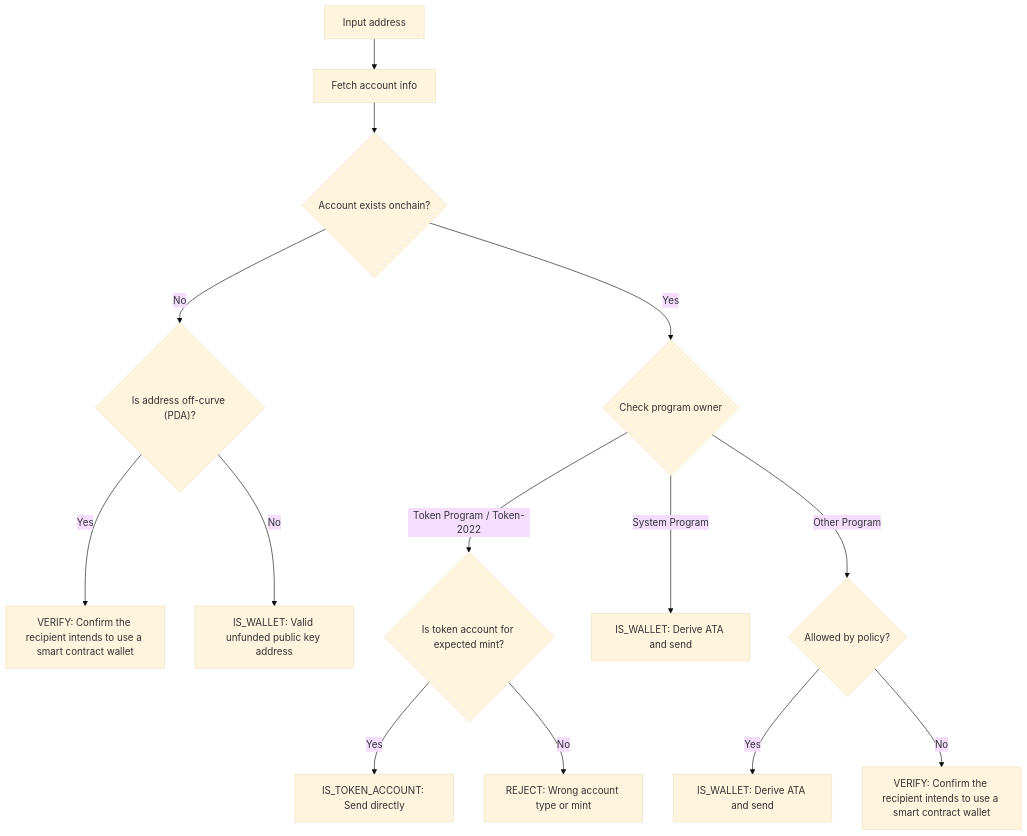
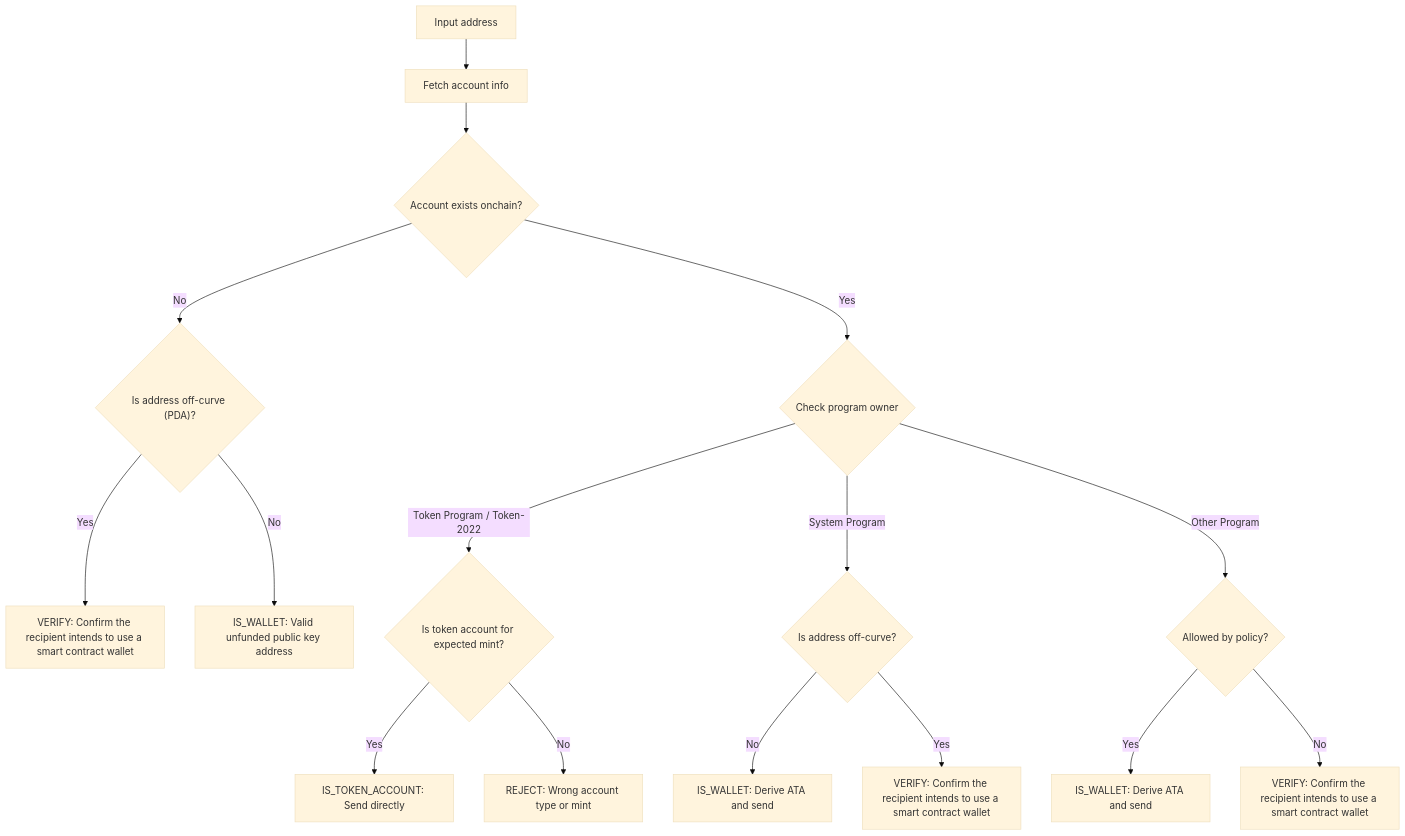
Before and after one commit to solana-foundation/solana-com: the diagram in apps/docs/content/docs/en/payments/send-payments/verify-address.mdx, drawn with Mermaid (base theme). The commit also changed other lines of this file, not shown here.

````diff
--- a/apps/docs/content/docs/en/payments/send-payments/verify-address.mdx
+++ b/apps/docs/content/docs/en/payments/send-payments/verify-address.mdx
@@ -137,26 +137,28 @@
 ```mermaid title="Address Verification Flow"
 flowchart TD
     A["Input address"]
     B["Fetch account info"]
 
     A --> B
     B --> C{"Account exists onchain?"}
 
     %% --- Non-existent account path ---
     C -- "No" --> D{"Is address off-curve (PDA)?"}
     D -- "Yes" --> V1["VERIFY: Confirm the recipient intends to use a smart contract wallet"]
     D -- "No" --> W1["IS_WALLET: Valid unfunded public key address"]
 
     %% --- Existing account path ---
     C -- "Yes" --> F{"Check program owner"}
 
     F -- "Token Program / Token-2022" --> G{"Is token account for expected mint?"}
     G -- "Yes" --> T1["IS_TOKEN_ACCOUNT: Send directly"]
     G -- "No" --> R1["REJECT: Wrong account type or mint"]
 
-    F -- "System Program" --> W2["IS_WALLET: Derive ATA and send"]
+    F -- "System Program" --> H{"Is address off-curve?"}
+    H -- "No" --> W2["IS_WALLET: Derive ATA and send"]
+    H -- "Yes" --> V3["VERIFY: Confirm the recipient intends to use a smart contract wallet"]
 
     F -- "Other Program" --> K{"Allowed by policy?"}
     K -- "Yes" --> W3["IS_WALLET: Derive ATA and send"]
     K -- "No" --> V2["VERIFY: Confirm the recipient intends to use a smart contract wallet"]
 ```
````
